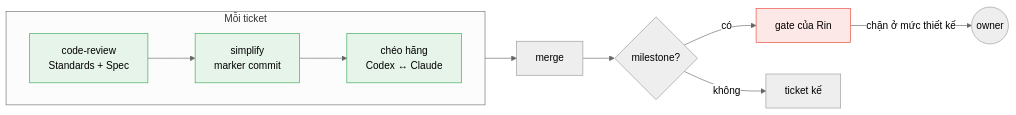
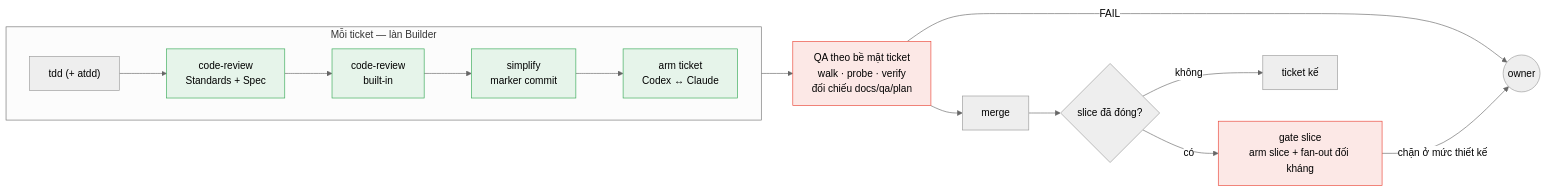
One commit to thientranhung/astragentic changed the third of 3 diagrams in README.vn.md. Above: the diagram before and after it, drawn with Mermaid (neutral theme). The commit also changed other lines of this file and 53 other files, not shown here.

````diff
--- a/README.vn.md
+++ b/README.vn.md
@@ -162,17 +159,21 @@
 ```mermaid
 flowchart LR
-    subgraph PT["Mỗi ticket"]
+    subgraph PT["Mỗi ticket — làn Builder"]
         direction LR
-        R1["code-review\nStandards + Spec"] --> R2["simplify\nmarker commit"] --> R3["chéo hãng\nCodex ↔ Claude"]
+        R0["tdd (+ atdd)"] --> R1["code-review\nStandards + Spec"] --> R2["code-review\nbuilt-in"] --> R3["simplify\nmarker commit"] --> R4["arm ticket\nCodex ↔ Claude"]
     end
-    PT --> M["merge"]
-    M --> RM{"milestone?"}
-    RM -->|có| Rin["gate của Rin"]
-    RM -->|không| Next["ticket kế"]
-    Rin -->|chặn ở mức thiết kế| Owner(("owner"))
+    PT --> QA["QA theo bề mặt ticket\nwalk · probe · verify\nđối chiếu docs/qa/plan"]
+    QA --> M["merge"]
+    M --> SC{"slice đã đóng?"}
+    SC -->|có| SG["gate slice\narm slice + fan-out đối kháng"]
+    SC -->|không| Next["ticket kế"]
+    QA -->|FAIL| Owner(("owner"))
+    SG -->|chặn ở mức thiết kế| Owner
 
     style R1 fill:#e6f4ea,stroke:#34a853
     style R2 fill:#e6f4ea,stroke:#34a853
     style R3 fill:#e6f4ea,stroke:#34a853
-    style Rin fill:#fce8e6,stroke:#ea4335
+    style R4 fill:#e6f4ea,stroke:#34a853
+    style QA fill:#fce8e6,stroke:#ea4335
+    style SG fill:#fce8e6,stroke:#ea4335
 ```
````
